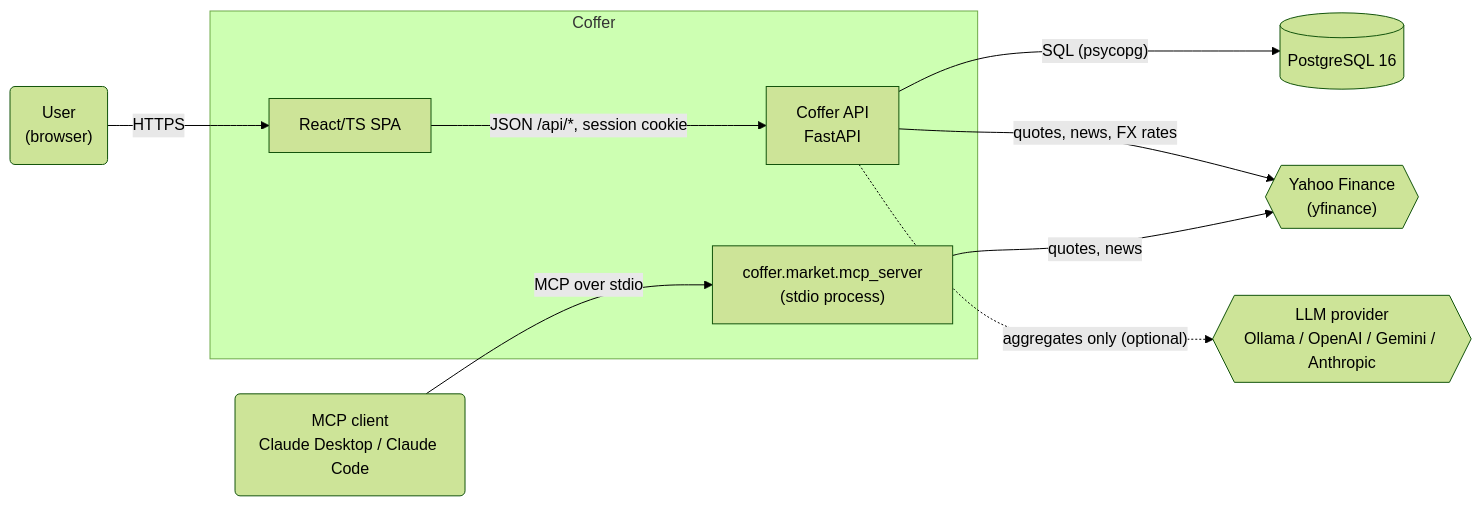
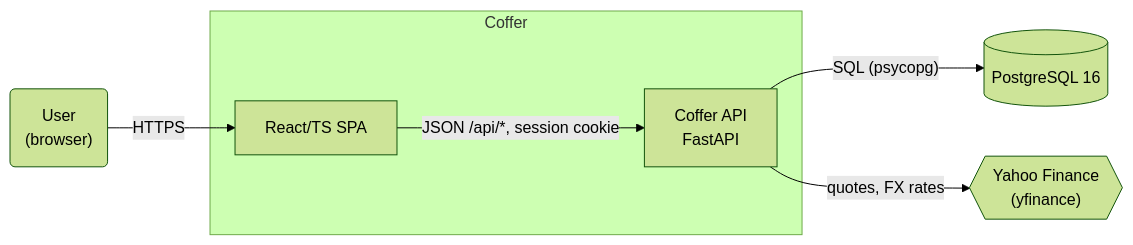
One commit to krzysztof-wojtowicz/coffer-demo changed the first of 5 diagrams in docs/architecture.md. Above: the diagram before and after it, drawn with Mermaid (forest theme). The commit also changed other lines of this file and 286 other files, not shown here.

````diff
--- a/docs/architecture.md
+++ b/docs/architecture.md
@@ -46,23 +43,17 @@
 ```mermaid
 flowchart LR
     user("User<br/>(browser)")
-    mcpclient("MCP client<br/>Claude Desktop / Claude Code")
 
     subgraph coffer_sys["Coffer"]
         web["React/TS SPA"]
         api["Coffer API<br/>FastAPI"]
-        mcpsrv["coffer.market.mcp_server<br/>(stdio process)"]
     end
 
     pg[("PostgreSQL 16")]
     yahoo{{"Yahoo Finance<br/>(yfinance)"}}
-    llm{{"LLM provider<br/>Ollama / OpenAI / Gemini / Anthropic"}}
 
     user -->|"HTTPS"| web
     web -->|"JSON /api/*, session cookie"| api
     api -->|"SQL (psycopg)"| pg
-    api -->|"quotes, news, FX rates"| yahoo
-    api -.->|"aggregates only (optional)"| llm
-    mcpclient -->|"MCP over stdio"| mcpsrv
-    mcpsrv -->|"quotes, news"| yahoo
+    api -->|"quotes, FX rates"| yahoo
 ```
````
